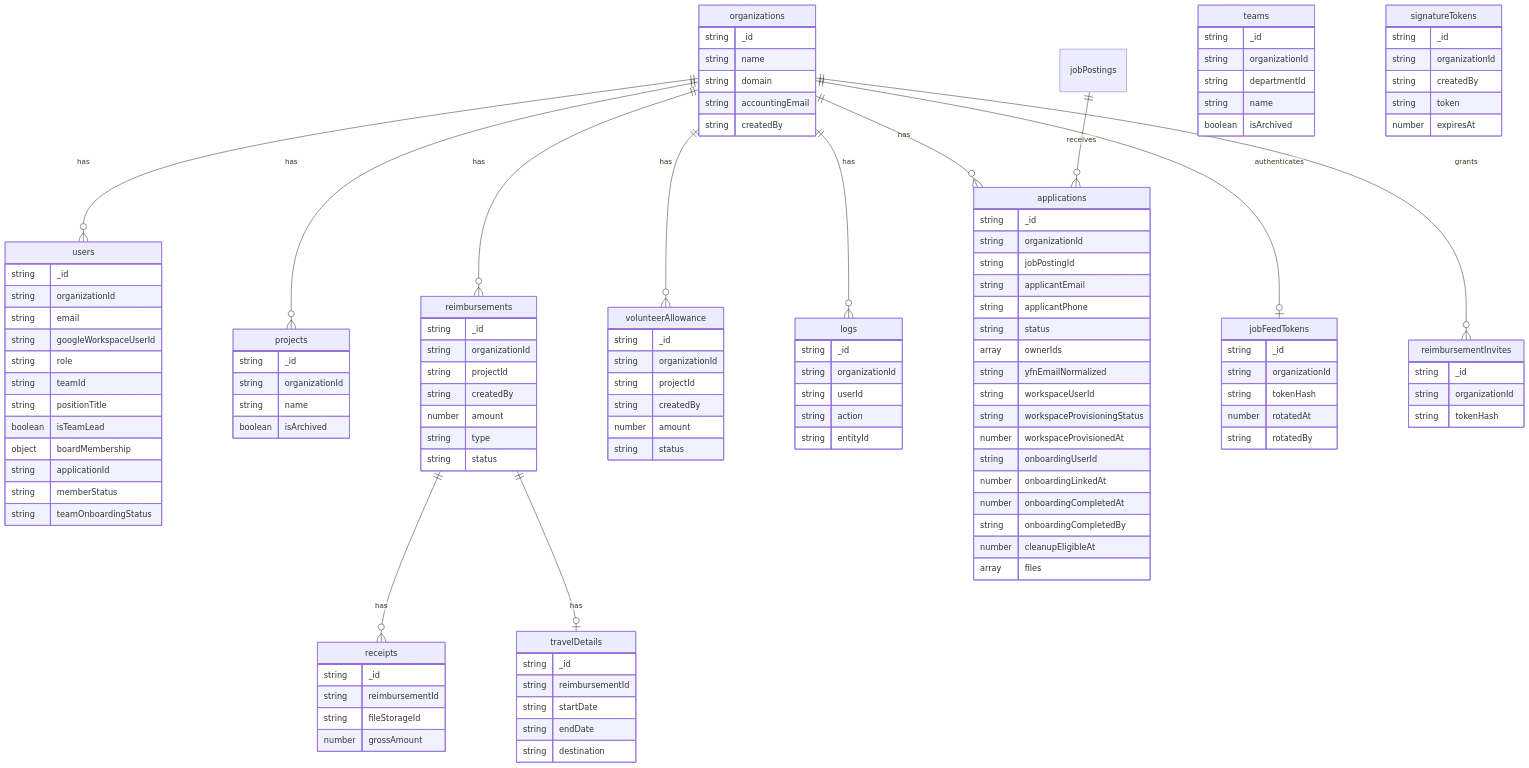
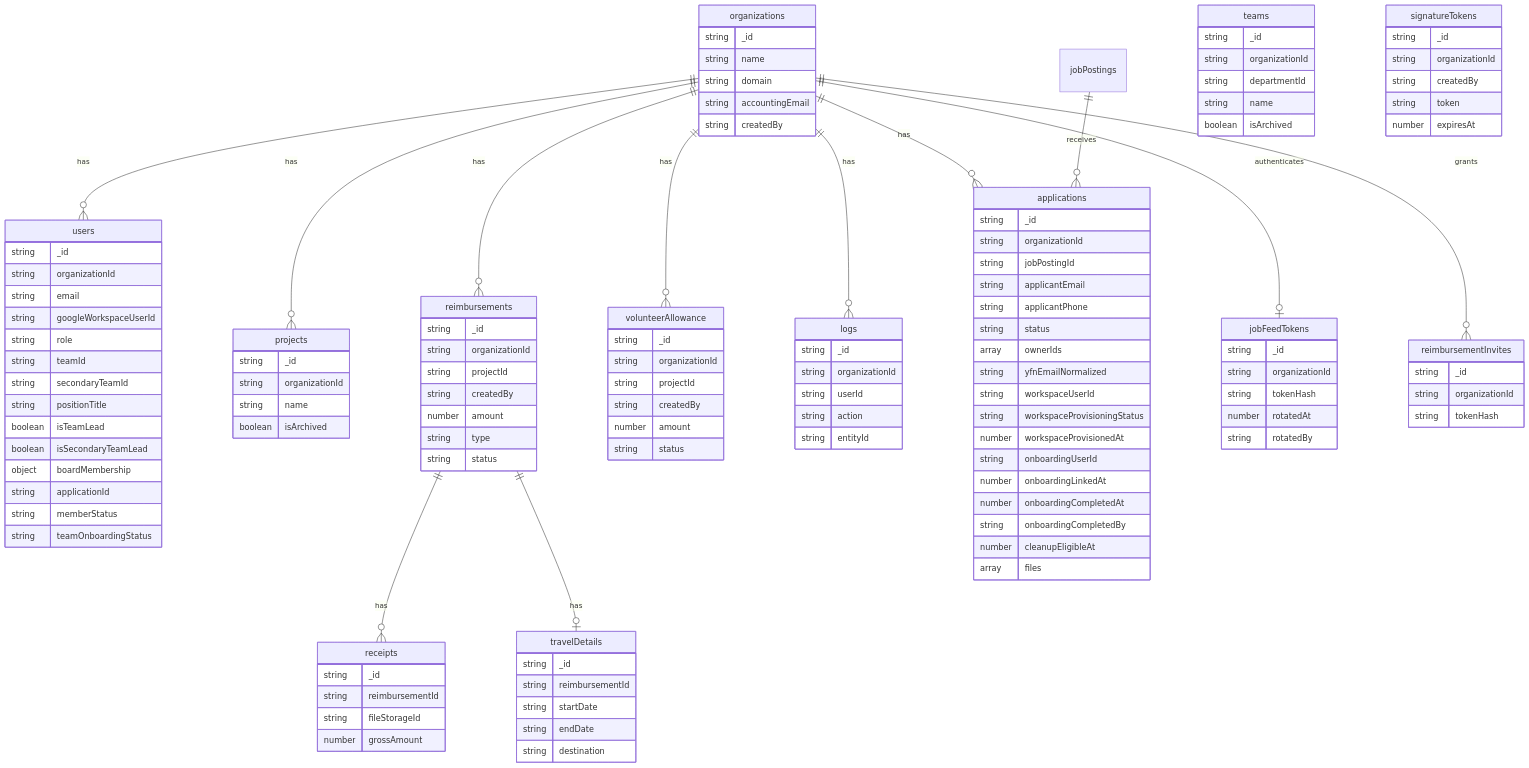
Before and after one commit to yfndev/ybase: the diagram in docs/schema.md, drawn with Mermaid. The commit also changed 13 other files, not shown here.

Commit message:
feat(members): support secondary team lead assignments

```diff
--- a/docs/schema.md
+++ b/docs/schema.md
@@ -47,8 +47,10 @@
         string googleWorkspaceUserId
         string role
         string teamId
+        string secondaryTeamId
         string positionTitle
         boolean isTeamLead
+        boolean isSecondaryTeamLead
         object boardMembership
         string applicationId
         string memberStatus
```
